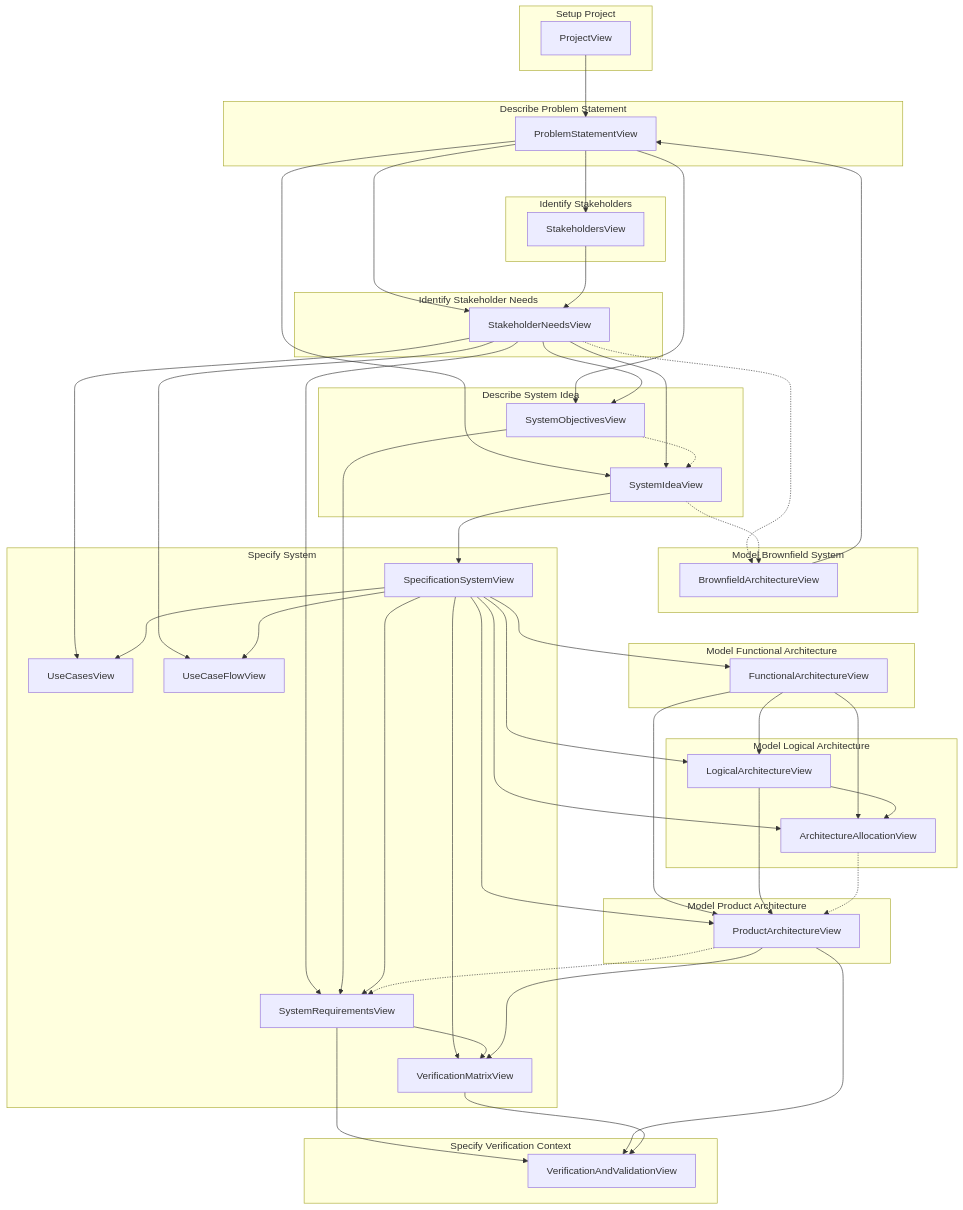
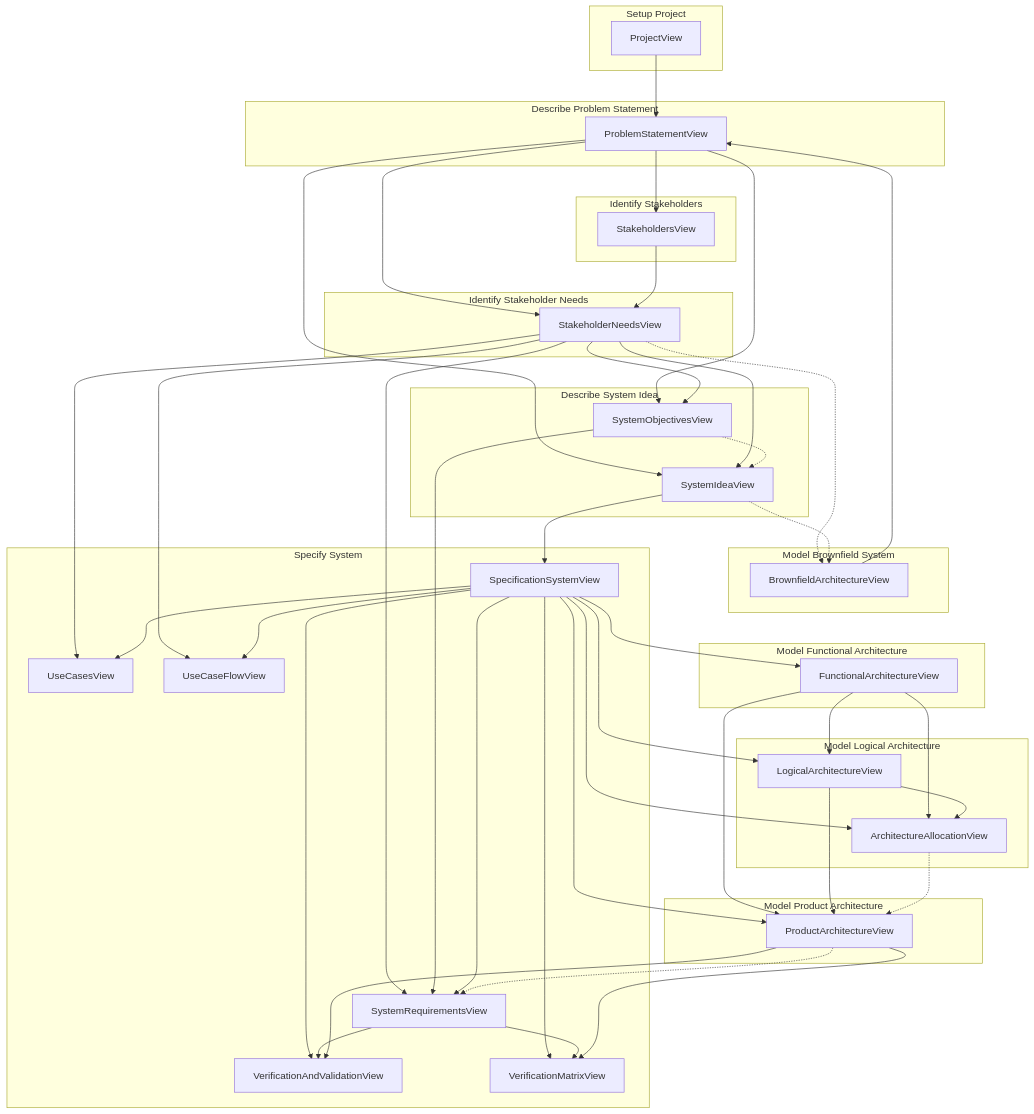
One commit to MBSE4U/sysmod-sysmlv2 changed the second of 2 diagrams in SYSMODViews.md. Above: the diagram before and after it, drawn with Mermaid. The commit also changed other lines of this file and 10 other files, not shown here.

````diff
--- a/SYSMODViews.md
+++ b/SYSMODViews.md
@@ -1733,79 +1734,77 @@
 ```mermaid
 flowchart TB
     subgraph SetupProject["Setup Project"]
         ProjectView[ProjectView]
     end
     subgraph ModelBrownfieldSystem["Model Brownfield System"]
         BrownfieldArchitectureView[BrownfieldArchitectureView]
     end
     subgraph DescribeProblemStatement["Describe Problem Statement"]
         ProblemStatementView[ProblemStatementView]
     end
     subgraph IdentifyStakeholders["Identify Stakeholders"]
         StakeholdersView[StakeholdersView]
     end
     subgraph IdentifyStakeholderNeeds["Identify Stakeholder Needs"]
         StakeholderNeedsView[StakeholderNeedsView]
     end
     subgraph DescribeSystemIdea["Describe System Idea"]
         SystemIdeaView[SystemIdeaView]
         SystemObjectivesView[SystemObjectivesView]
     end
     subgraph SpecifySystem["Specify System"]
         SpecificationSystemView[SpecificationSystemView]
         UseCasesView[UseCasesView]
         UseCaseFlowView[UseCaseFlowView]
         SystemRequirementsView[SystemRequirementsView]
+        VerificationAndValidationView[VerificationAndValidationView]
         VerificationMatrixView[VerificationMatrixView]
     end
     subgraph ModelFunctionalArchitecture["Model Functional Architecture"]
         FunctionalArchitectureView[FunctionalArchitectureView]
     end
     subgraph ModelLogicalArchitecture["Model Logical Architecture"]
         LogicalArchitectureView[LogicalArchitectureView]
         ArchitectureAllocationView[ArchitectureAllocationView]
     end
     subgraph ModelProductArchitecture["Model Product Architecture"]
         ProductArchitectureView[ProductArchitectureView]
-    end
-    subgraph SpecifyVerificationContext["Specify Verification Context"]
-        VerificationAndValidationView[VerificationAndValidationView]
     end
     ProjectView --> ProblemStatementView
     BrownfieldArchitectureView --> ProblemStatementView
     ProblemStatementView --> StakeholdersView
     ProblemStatementView --> StakeholderNeedsView
     StakeholdersView --> StakeholderNeedsView
     ProblemStatementView --> SystemIdeaView
     StakeholderNeedsView --> SystemIdeaView
     ProblemStatementView --> SystemObjectivesView
     StakeholderNeedsView --> SystemObjectivesView
     SystemIdeaView --> SpecificationSystemView
     StakeholderNeedsView --> UseCasesView
     SpecificationSystemView --> UseCasesView
     StakeholderNeedsView --> UseCaseFlowView
     SpecificationSystemView --> UseCaseFlowView
     StakeholderNeedsView --> SystemRequirementsView
     SystemObjectivesView --> SystemRequirementsView
     SpecificationSystemView --> SystemRequirementsView
     SpecificationSystemView --> FunctionalArchitectureView
     SpecificationSystemView --> LogicalArchitectureView
     FunctionalArchitectureView --> LogicalArchitectureView
     SpecificationSystemView --> ProductArchitectureView
     FunctionalArchitectureView --> ProductArchitectureView
     LogicalArchitectureView --> ProductArchitectureView
     SpecificationSystemView --> ArchitectureAllocationView
     FunctionalArchitectureView --> ArchitectureAllocationView
     LogicalArchitectureView --> ArchitectureAllocationView
+    SpecificationSystemView --> VerificationAndValidationView
     SystemRequirementsView --> VerificationAndValidationView
     ProductArchitectureView --> VerificationAndValidationView
-    VerificationMatrixView --> VerificationAndValidationView
     SpecificationSystemView --> VerificationMatrixView
     SystemRequirementsView --> VerificationMatrixView
     ProductArchitectureView --> VerificationMatrixView
     StakeholderNeedsView -.-> BrownfieldArchitectureView
     SystemIdeaView -.-> BrownfieldArchitectureView
     SystemObjectivesView -.-> SystemIdeaView
     ProductArchitectureView -.-> SystemRequirementsView
     ArchitectureAllocationView -.-> ProductArchitectureView
 ```
````
